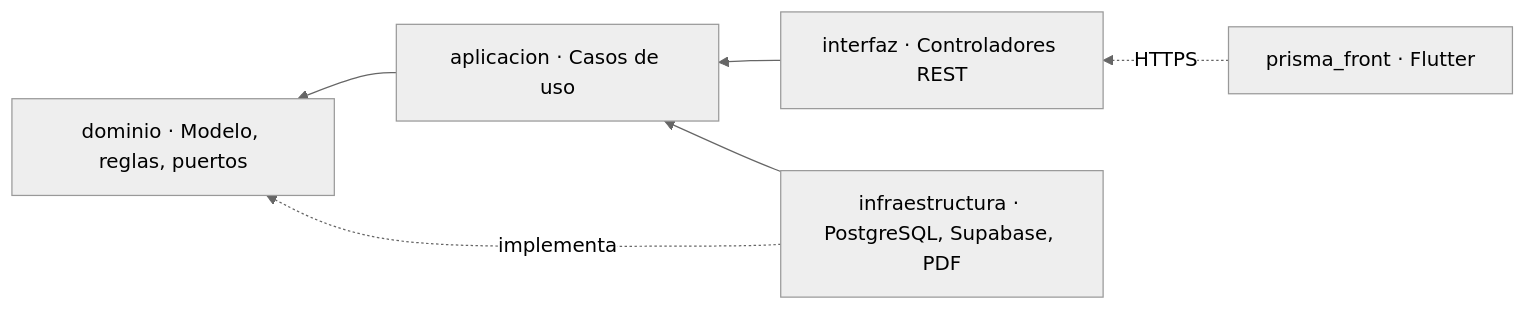
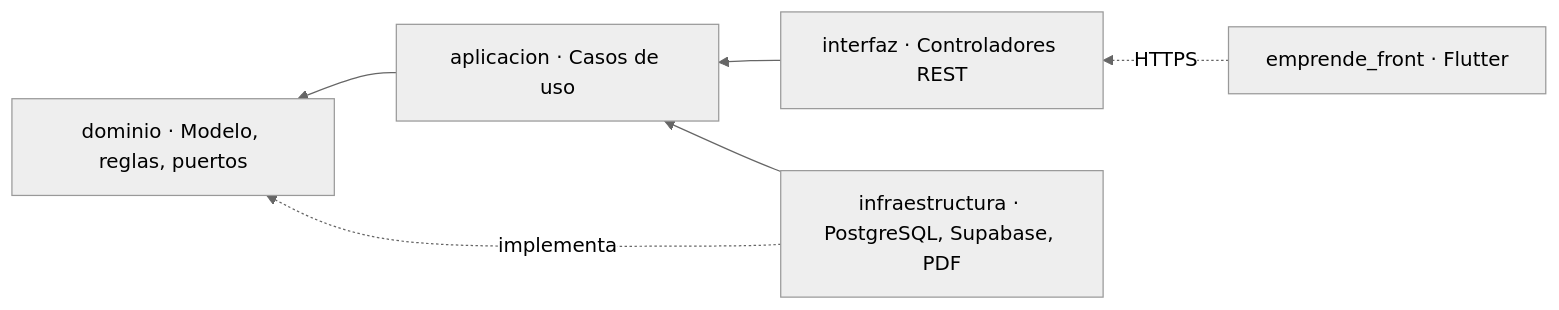
Before and after one commit to Juanchope039/Emprende-Documentation: the second of 2 diagrams in docs/07-arquitectura.md, drawn with Mermaid (neutral theme). The commit also changed other lines of this file and 82 other files, not shown here.

````diff
--- a/docs/07-arquitectura.md
+++ b/docs/07-arquitectura.md
@@ -261,8 +261,8 @@
 ```mermaid
 graph RL
     INT[interfaz · Controladores REST] --> APP[aplicacion · Casos de uso]
     INFRA[infraestructura · PostgreSQL, Supabase, PDF] --> APP
     APP --> DOM[dominio · Modelo, reglas, puertos]
     INFRA -.implementa.-> DOM
-    FRONT[prisma_front · Flutter] -.HTTPS.-> INT
+    FRONT[emprende_front · Flutter] -.HTTPS.-> INT
 ```
````
